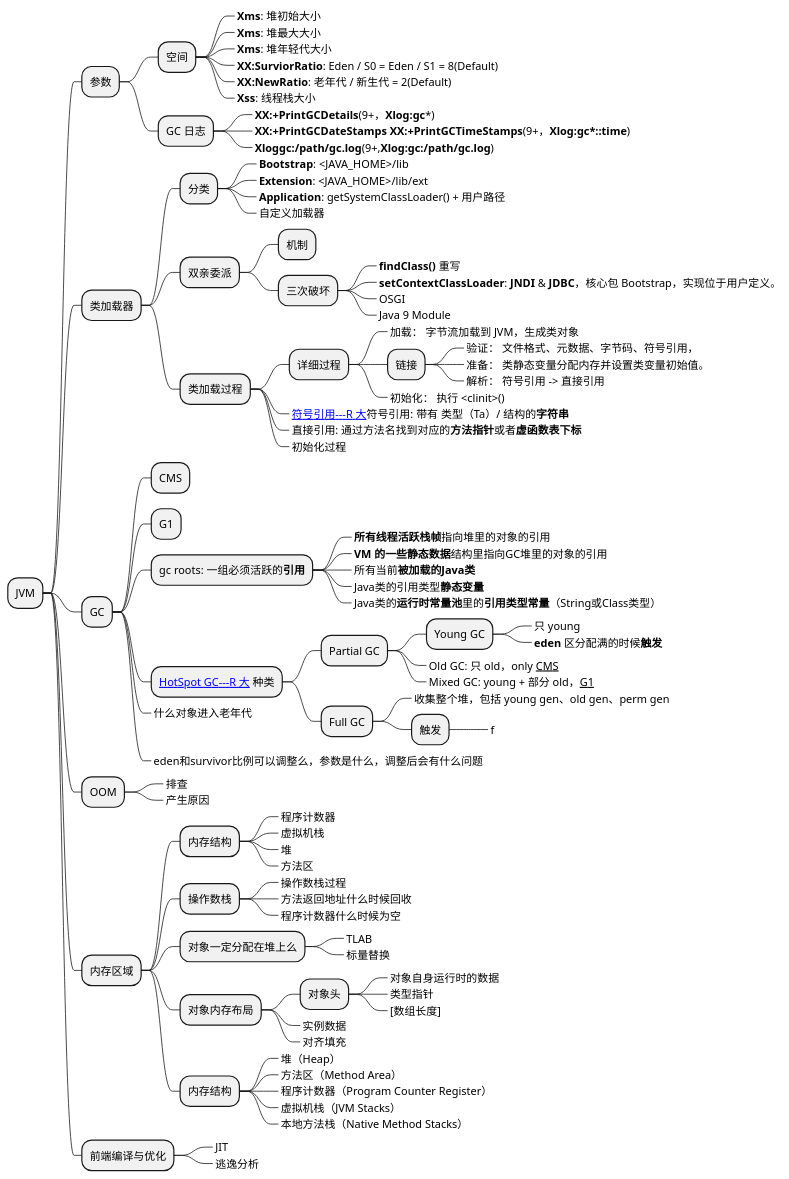
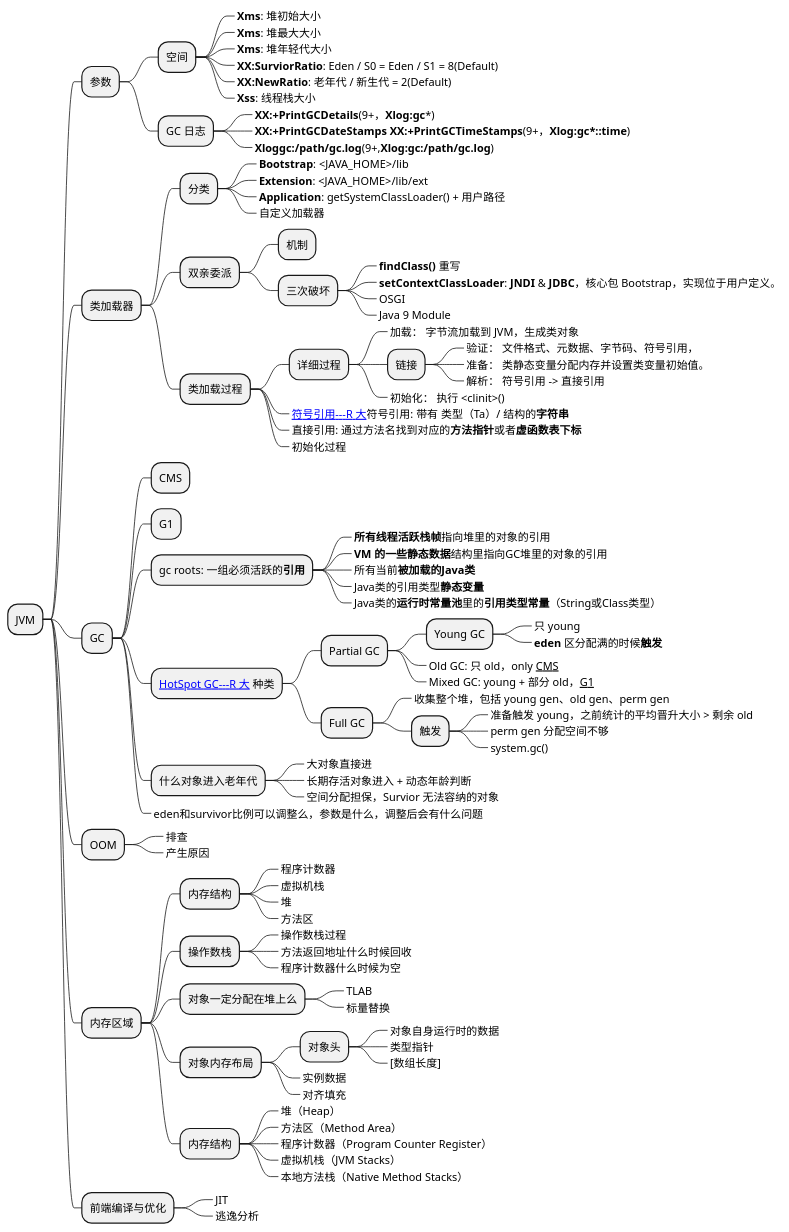
The second of 11 diagrams in _posts/2021-05-27-查漏补缺.md (Gh0st99/Gh0st99.github.io), drawn with PlantUML before and after one commit. The commit also changed 5 other files, not shown here.

```diff
--- a/_posts/2021-05-27-查漏补缺.md
+++ b/_posts/2021-05-27-查漏补缺.md
@@ -283,8 +283,13 @@
 **** Full GC
 *****_ 收集整个堆，包括 young gen、old gen、perm gen
 ***** 触发
-******_ f
-***_ 什么对象进入老年代
+******_ 准备触发 young，之前统计的平均晋升大小 > 剩余 old
+******_ perm gen 分配空间不够
+******_ system.gc()
+*** 什么对象进入老年代
+****_ 大对象直接进
+****_ 长期存活对象进入 + 动态年龄判断
+****_ 空间分配担保，Survior 无法容纳的对象
 ***_ eden和survivor比例可以调整么，参数是什么，调整后会有什么问题
 
 ** OOM
```
